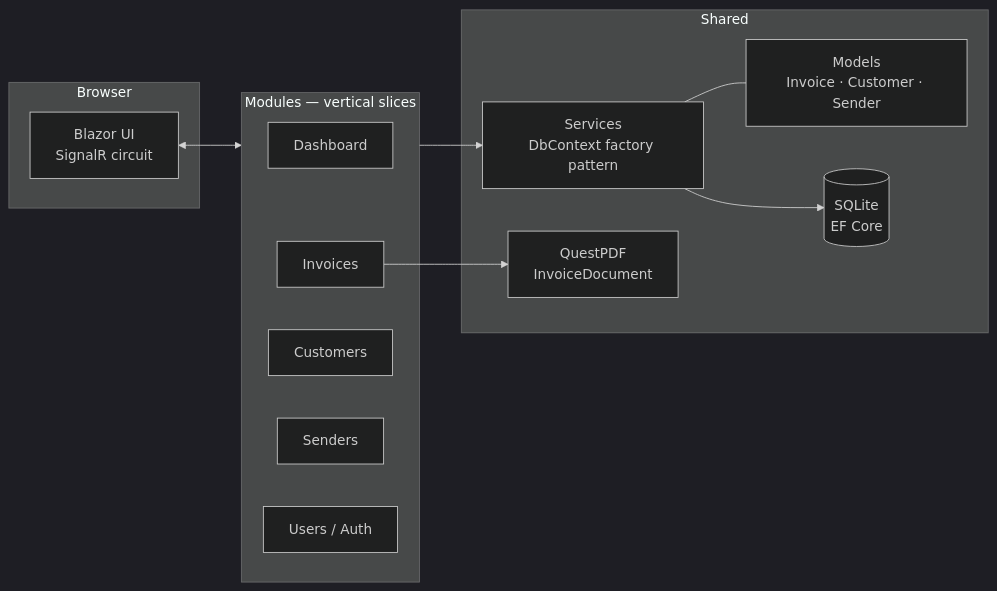
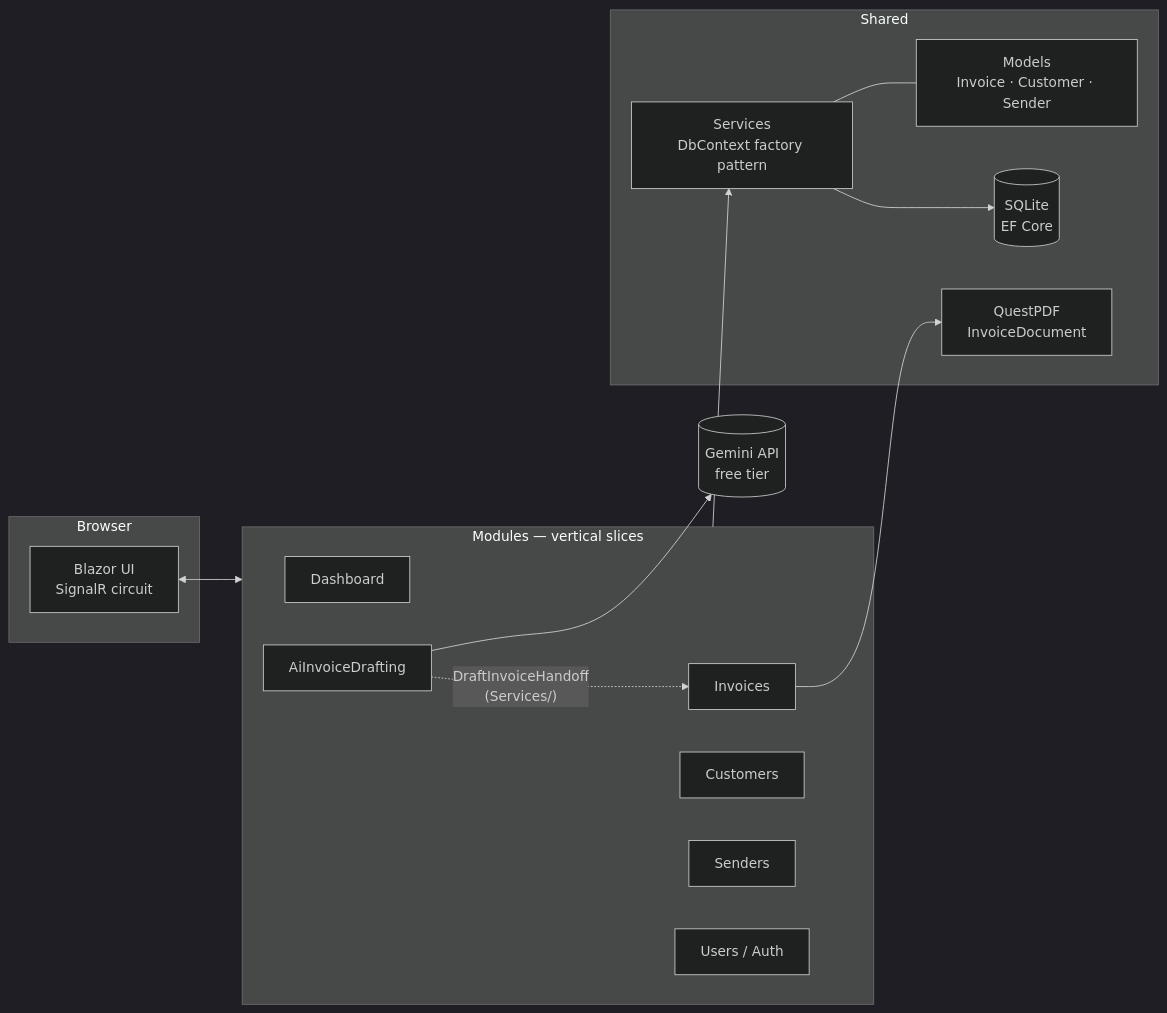
One commit to Sudip777/invoice-builder changed the first of 2 diagrams in README.md. Above: the diagram before and after it, drawn with Mermaid (dark theme). The commit also changed other lines of this file and 1 other file, not shown here.

Commit message:
docs: document AI invoice drafting implementation

````diff
--- a/README.md
+++ b/README.md
@@ -39,26 +40,31 @@
 ```mermaid
 flowchart LR
     subgraph Browser
         UI[Blazor UI<br/>SignalR circuit]
     end
 
     subgraph Modules [Modules — vertical slices]
         DASH[Dashboard]
         INV[Invoices]
         CUST[Customers]
         SEND[Senders]
         USERS[Users / Auth]
+        AI[AiInvoiceDrafting]
     end
 
     subgraph Shared
         SVC[Services<br/>DbContext factory pattern]
         MOD[Models<br/>Invoice · Customer · Sender]
         DB[(SQLite<br/>EF Core)]
         PDF[QuestPDF<br/>InvoiceDocument]
     end
 
+    GEMINI[(Gemini API<br/>free tier)]
+
     UI <--> Modules
     Modules --> SVC --> DB
     SVC --- MOD
     INV --> PDF
+    AI --> GEMINI
+    AI -. "DraftInvoiceHandoff<br/>(Services/)" .-> INV
 ```
````
